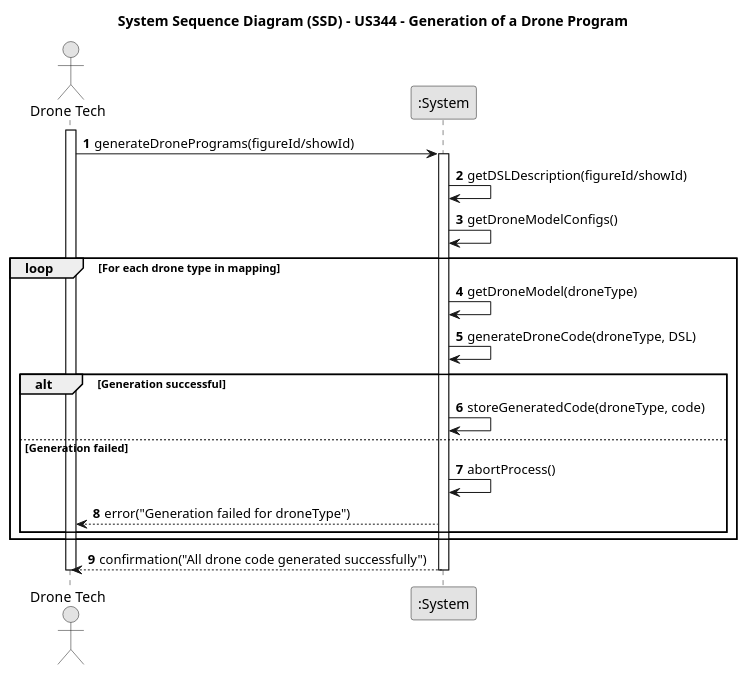
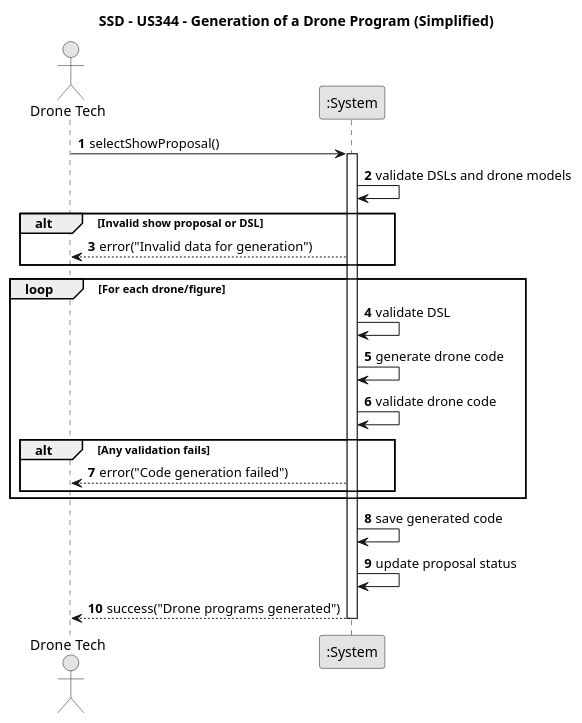
The diagram in docs/planning/sprint3/EAPLI/US344 - Generation of a drone program/01.requirements-engineering/puml/us344-sequence-diagram.puml (SAEmanuel/Shodrone_ISEP), drawn with PlantUML before and after one commit. The commit also changed 42 other files, not shown here.

```diff
--- a/docs/planning/sprint3/EAPLI/US344 - Generation of a drone program/01.requirements-engineering/puml/us344-sequence-diagram.puml
+++ b/docs/planning/sprint3/EAPLI/US344 - Generation of a drone program/01.requirements-engineering/puml/us344-sequence-diagram.puml
@@ -1,36 +1,35 @@
 @startuml
 skinparam monochrome true
 skinparam packageStyle rectangle
 skinparam shadowing false
 
-title System Sequence Diagram (SSD) - US344 - Generation of a Drone Program
+title SSD - US344 - Generation of a Drone Program (Simplified)
+
+actor "Drone Tech" as Tech
+participant ":System" as System
 
 autonumber
 
-actor "Drone Tech" as User
-participant ":System" as System
-
-activate User
-
-User -> System : generateDronePrograms(figureId/showId)
+Tech -> System : selectShowProposal()
 activate System
 
-System -> System : getDSLDescription(figureId/showId)
-System -> System : getDroneModelConfigs()
+System -> System : validate DSLs and drone models
+alt Invalid show proposal or DSL
+    System --> Tech : error("Invalid data for generation")
+end
 
-loop For each drone type in mapping
-    System -> System : getDroneModel(droneType)
-    System -> System : generateDroneCode(droneType, DSL)
-    alt Generation successful
-        System -> System : storeGeneratedCode(droneType, code)
-    else Generation failed
-        System -> System : abortProcess()
-        System --> User : error("Generation failed for droneType")
+loop For each drone/figure
+    System -> System : validate DSL
+    System -> System : generate drone code
+    System -> System : validate drone code
+    alt Any validation fails
+        System --> Tech : error("Code generation failed")
     end
 end
 
-System --> User : confirmation("All drone code generated successfully")
+System -> System : save generated code
+System -> System : update proposal status
 
+System --> Tech : success("Drone programs generated")
 deactivate System
-deactivate User
 @enduml
```
